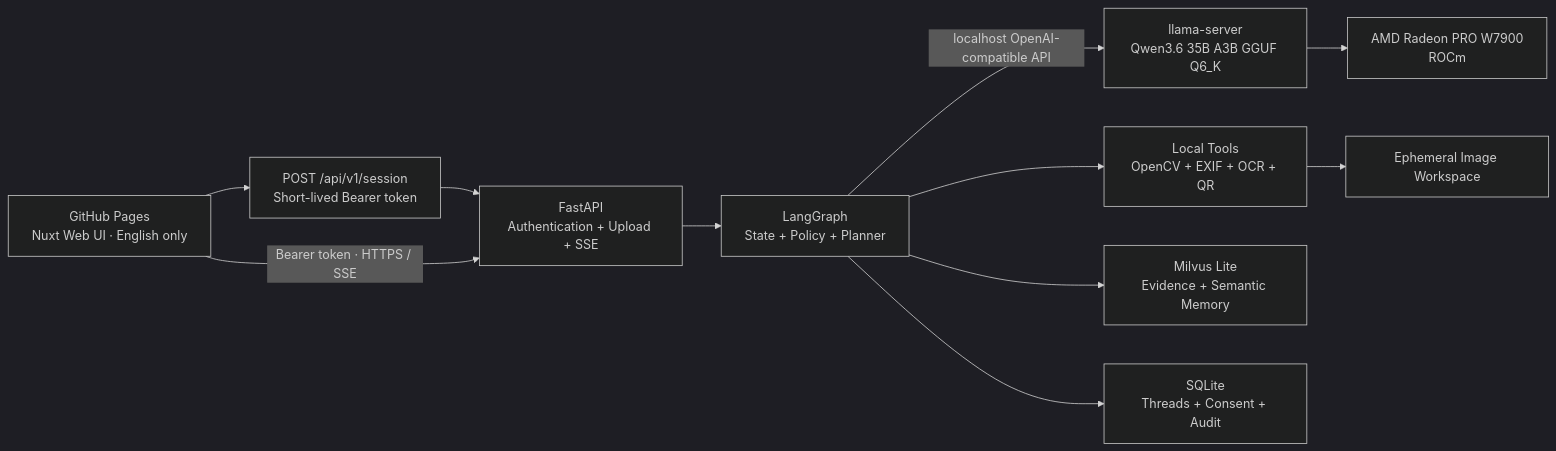
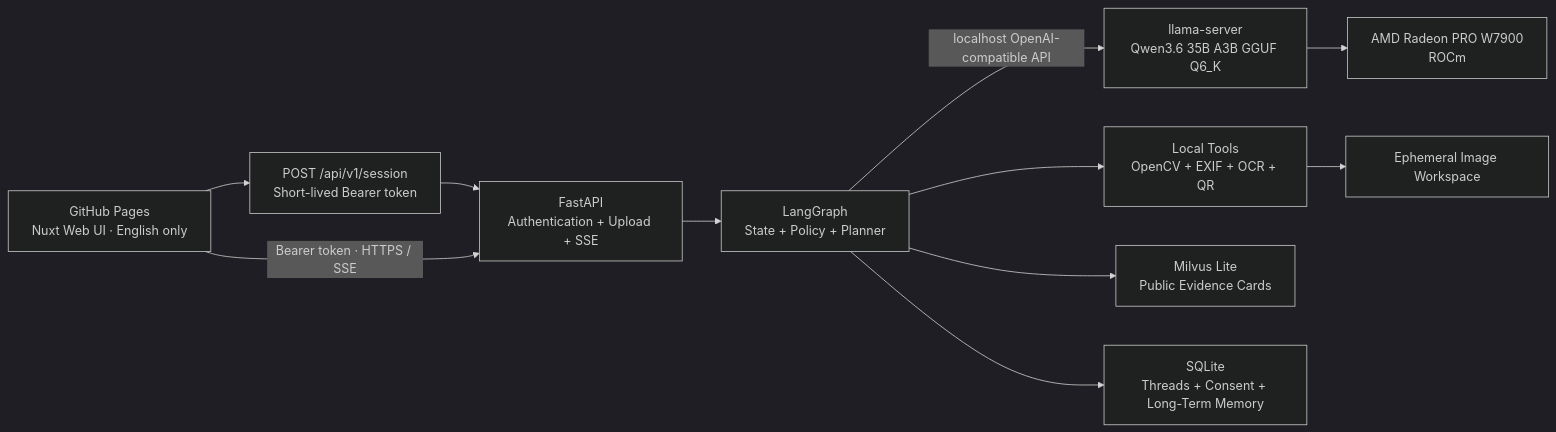
The first of 2 diagrams in docs/XIANGLENS_APPLICATION_DESIGN.md (AMD-DEV-CONTEST/Radeon-hackathon-2026-07), drawn with Mermaid (dark theme) before and after one commit. The commit also changed other lines of this file and 16 other files, not shown here.

Commit message:
feat: demonstrate consent-first cross-review memory

````diff
--- a/docs/XIANGLENS_APPLICATION_DESIGN.md
+++ b/docs/XIANGLENS_APPLICATION_DESIGN.md
@@ -223,24 +225,24 @@
 ```mermaid
 flowchart LR
     UI["GitHub Pages<br/>Nuxt Web UI · English only"]
     SESSION["POST /api/v1/session<br/>Short-lived Bearer token"]
     API["FastAPI<br/>Authentication + Upload + SSE"]
     GRAPH["LangGraph<br/>State + Policy + Planner"]
     LLM["llama-server<br/>Qwen3.6 35B A3B GGUF Q6_K"]
     GPU["AMD Radeon PRO W7900<br/>ROCm"]
     TOOLS["Local Tools<br/>OpenCV + EXIF + OCR + QR"]
-    MILVUS["Milvus Lite<br/>Evidence + Semantic Memory"]
-    SQLITE["SQLite<br/>Threads + Consent + Audit"]
+    MILVUS["Milvus Lite<br/>Public Evidence Cards"]
+    SQLITE["SQLite<br/>Threads + Consent + Long-Term Memory"]
     TEMP["Ephemeral Image Workspace"]
 
     UI --> SESSION
     SESSION --> API
     UI -->|"Bearer token · HTTPS / SSE"| API
     API --> GRAPH
     GRAPH -->|"localhost OpenAI-compatible API"| LLM
     LLM --> GPU
     GRAPH --> TOOLS
     GRAPH --> MILVUS
     GRAPH --> SQLITE
     TOOLS --> TEMP
 ```
````
